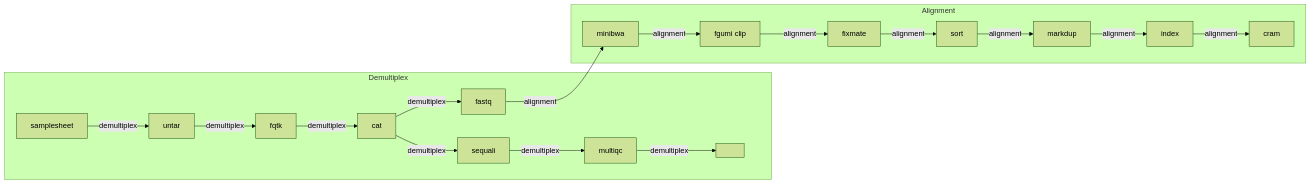
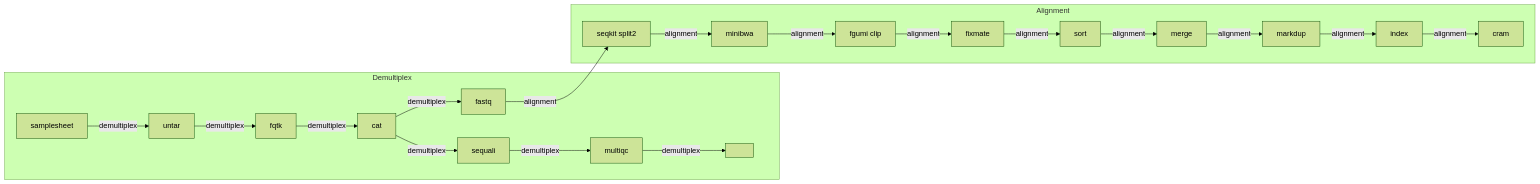
One commit to sawers-rellan-labs/zealgt changed the diagram in docs/images/zealgt_metro.mmd. Above: the diagram before and after it, drawn with Mermaid (forest theme). The commit also changed 5 other files, not shown here.

Commit message:
Structure row, README and metro maps show the alignment split and merge (Milestone 8)

```diff
--- a/docs/images/zealgt_metro.mmd
+++ b/docs/images/zealgt_metro.mmd
@@ -1,53 +1,57 @@
 %%metro title: sawers-rellan-labs/zealgt
 %%metro style: nfcore
 %%metro file: samples_in | CSV
 %%metro file: fastq_sheet | FASTQ
 %%metro file: cram_out | CRAM
 %%metro file: reads_report | HTML
 %%metro line: demultiplex | --step demultiplex | #2db572
 %%metro line: alignment | --step alignment | #0570b0
 %%metro legend: bl
 %%metro grid: demux | 0,0
 %%metro grid: align | 0,1
 
 graph LR
     subgraph demux [Demultiplex]
         %%metro exit: right | alignment
         samples_in[samplesheet]
         extract_lane_d[untar]
         fqtk[fqtk]
         cat_fastq[cat]
         fastq_sheet[fastq]
         sequali[sequali]
         multiqc_reads[multiqc]
         reads_report[ ]
 
         samples_in -->|demultiplex| extract_lane_d
         extract_lane_d -->|demultiplex| fqtk
         fqtk -->|demultiplex| cat_fastq
         cat_fastq -->|demultiplex| fastq_sheet
         cat_fastq -->|demultiplex| sequali
         sequali -->|demultiplex| multiqc_reads
         multiqc_reads -->|demultiplex| reads_report
     end
 
     subgraph align [Alignment]
         %%metro entry: left | alignment
+        split[seqkit split2]
         minibwa[minibwa]
         fgumi[fgumi clip]
         fixmate[fixmate]
         sort[sort]
+        merge[merge]
         markdup[markdup]
         index[index]
         cram_out[cram]
 
+        split -->|alignment| minibwa
         minibwa -->|alignment| fgumi
         fgumi -->|alignment| fixmate
         fixmate -->|alignment| sort
-        sort -->|alignment| markdup
+        sort -->|alignment| merge
+        merge -->|alignment| markdup
         markdup -->|alignment| index
         index -->|alignment| cram_out
     end
 
 
-    fastq_sheet -->|alignment| minibwa
+    fastq_sheet -->|alignment| split
```
